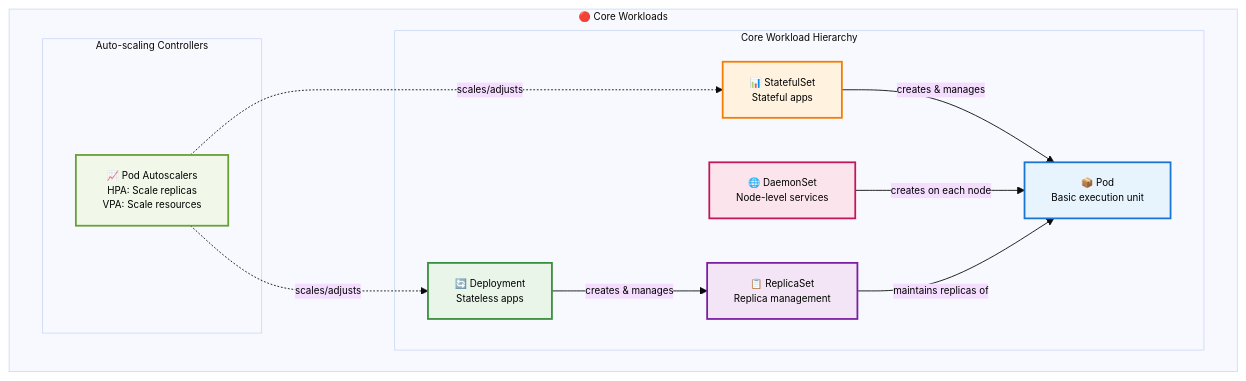
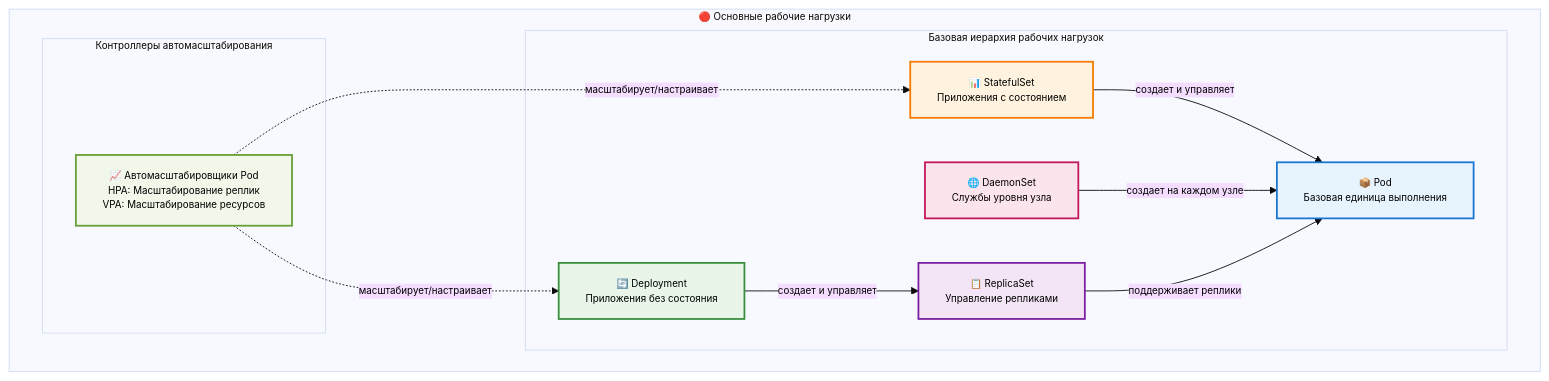
One commit to razkevich/system_design_course changed the first of 13 diagrams in 4_distributed_systems/kubernetes_resource_hierarchy_guide_ru.md. Above: the diagram before and after it, drawn with Mermaid. The commit also changed other lines of this file and 7 other files, not shown here.

````diff
--- a/4_distributed_systems/kubernetes_resource_hierarchy_guide_ru.md
+++ b/4_distributed_systems/kubernetes_resource_hierarchy_guide_ru.md
@@ -21,34 +21,34 @@
 ```mermaid
 %%{init: {'theme':'base', 'themeVariables': { 'primaryTextColor': '#000', 'fontSize': '11px'}}}%%
 flowchart TD
-    subgraph "🔴 Core Workloads"
+    subgraph "🔴 Основные рабочие нагрузки"
         
-        subgraph "Core Workload Hierarchy"
-            Deployment["🔄 Deployment<br/>Stateless apps"]
-            StatefulSet["📊 StatefulSet<br/>Stateful apps"]
-            DaemonSet["🌐 DaemonSet<br/>Node-level services"]
+        subgraph "Базовая иерархия рабочих нагрузок"
+            Deployment["🔄 Deployment<br/>Приложения без состояния"]
+            StatefulSet["📊 StatefulSet<br/>Приложения с состоянием"]
+            DaemonSet["🌐 DaemonSet<br/>Службы уровня узла"]
             
-            ReplicaSet["📋 ReplicaSet<br/>Replica management"]
-            Pod["📦 Pod<br/>Basic execution unit"]
+            ReplicaSet["📋 ReplicaSet<br/>Управление репликами"]
+            Pod["📦 Pod<br/>Базовая единица выполнения"]
             
-            Deployment -->|"creates & manages"| ReplicaSet
-            StatefulSet -->|"creates & manages"| Pod
-            DaemonSet -->|"creates on each node"| Pod
-            ReplicaSet -->|"maintains replicas of"| Pod
+            Deployment -->|"создает и управляет"| ReplicaSet
+            StatefulSet -->|"создает и управляет"| Pod
+            DaemonSet -->|"создает на каждом узле"| Pod
+            ReplicaSet -->|"поддерживает реплики"| Pod
         end
         
-        subgraph "Auto-scaling Controllers"
-            PodAutoscalers["📈 Pod Autoscalers<br/>HPA: Scale replicas<br/>VPA: Scale resources"]
+        subgraph "Контроллеры автомасштабирования"
+            PodAutoscalers["📈 Автомасштабировщики Pod<br/>HPA: Масштабирование реплик<br/>VPA: Масштабирование ресурсов"]
             
-            PodAutoscalers -.->|"scales/adjusts"| Deployment
-            PodAutoscalers -.->|"scales/adjusts"| StatefulSet
+            PodAutoscalers -.->|"масштабирует/настраивает"| Deployment
+            PodAutoscalers -.->|"масштабирует/настраивает"| StatefulSet
         end
     end
     
     style Pod fill:#e8f4fd,stroke:#1976d2,stroke-width:2px,color:#000
     style ReplicaSet fill:#f3e5f5,stroke:#7b1fa2,stroke-width:2px,color:#000
     style Deployment fill:#e8f5e8,stroke:#388e3c,stroke-width:2px,color:#000
     style StatefulSet fill:#fff3e0,stroke:#f57c00,stroke-width:2px,color:#000
     style DaemonSet fill:#fce4ec,stroke:#c2185b,stroke-width:2px,color:#000
     style PodAutoscalers fill:#f1f8e9,stroke:#689f38,stroke-width:2px,color:#000
 ```
````
